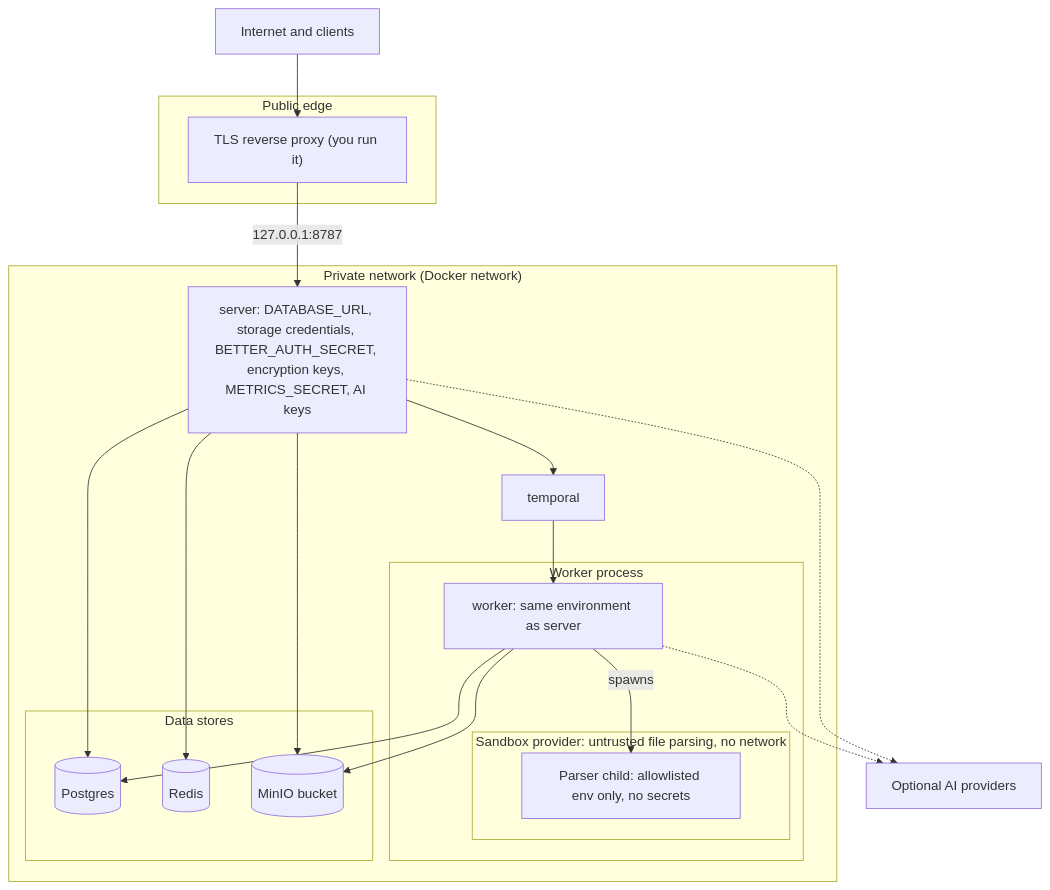
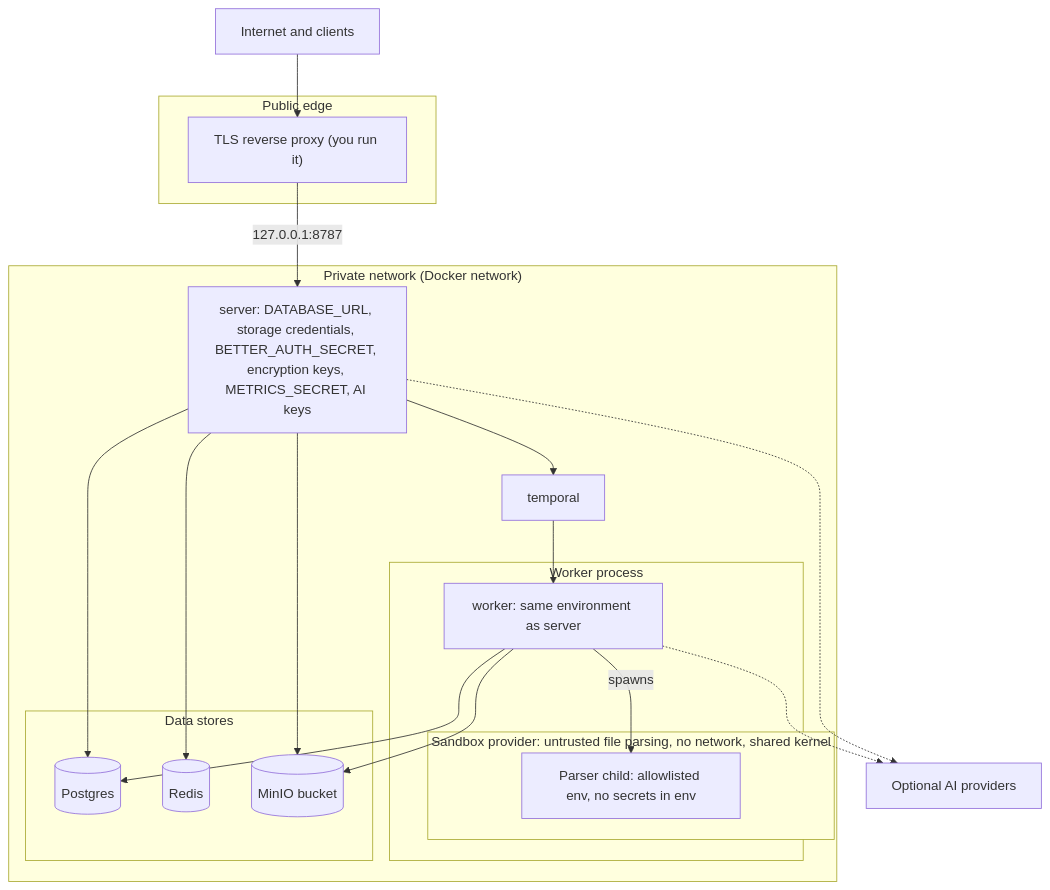
The third of 4 diagrams in docs/self-host/architecture.md (DocSlurp/docslurp-oss), drawn with Mermaid before and after one commit. The commit also changed other lines of this file and 24 other files, not shown here.

````diff
--- a/docs/self-host/architecture.md
+++ b/docs/self-host/architecture.md
@@ -79,36 +79,36 @@
 ```mermaid
 flowchart TB
   internet["Internet and clients"]
   subgraph edge["Public edge"]
     proxy["TLS reverse proxy (you run it)"]
   end
   subgraph private["Private network (Docker network)"]
     server["server: DATABASE_URL, storage credentials, BETTER_AUTH_SECRET, encryption keys, METRICS_SECRET, AI keys"]
     temporal["temporal"]
     subgraph workerproc["Worker process"]
       worker["worker: same environment as server"]
-      subgraph sandbox["Sandbox provider: untrusted file parsing, no network"]
-        parser["Parser child: allowlisted env only, no secrets"]
+      subgraph sandbox["Sandbox provider: untrusted file parsing, no network, shared kernel"]
+        parser["Parser child: allowlisted env, no secrets in env"]
       end
     end
     subgraph data["Data stores"]
       pg[("Postgres")]
       redis[("Redis")]
       minio[("MinIO bucket")]
     end
   end
   providers["Optional AI providers"]
 
   internet --> proxy
   proxy -->|"127.0.0.1:8787"| server
   server --> pg
   server --> redis
   server --> minio
   server --> temporal
   temporal --> worker
   worker --> pg
   worker --> minio
   worker -->|"spawns"| parser
   server -.-> providers
   worker -.-> providers
 ```
````
